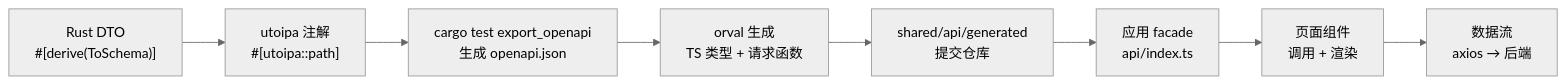
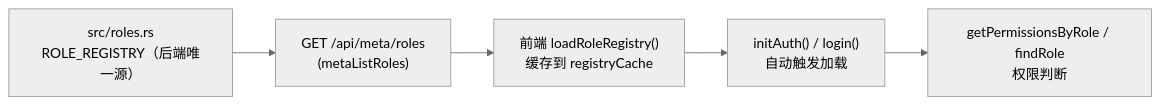
One commit to 3123958139/RustWeb-Vue changed the fourth of 4 diagrams in docs/tutorial/06-前后端类型同步机制.md. Above: the diagram before and after it, drawn with Mermaid (neutral theme). The commit also changed other lines of this file and 8 other files, not shown here.

````diff
--- a/docs/tutorial/06-前后端类型同步机制.md
+++ b/docs/tutorial/06-前后端类型同步机制.md
@@ -2113,10 +480,7 @@
 ```mermaid
 flowchart LR
-    A["Rust DTO<br/>#[derive(ToSchema)]"] --> B["utoipa 注解<br/>#[utoipa::path]"]
-    B --> C[cargo test export_openapi<br/>生成 openapi.json]
-    C --> D[orval 生成<br/>TS 类型 + 请求函数]
-    D --> E[shared/api/generated<br/>提交仓库]
-    E --> F[应用 facade<br/>api/index.ts]
-    F --> G[页面组件<br/>调用 + 渲染]
-    G --> H[数据流<br/>axios → 后端]
+    A["src/roles.rs<br/>ROLE_REGISTRY（后端唯一源）"] --> B["GET /api/meta/roles<br/>(metaListRoles)"]
+    B --> C["前端 loadRoleRegistry()<br/>缓存到 registryCache"]
+    C --> D["initAuth() / login()<br/>自动触发加载"]
+    D --> E["getPermissionsByRole / findRole<br/>权限判断"]
 ```
````
